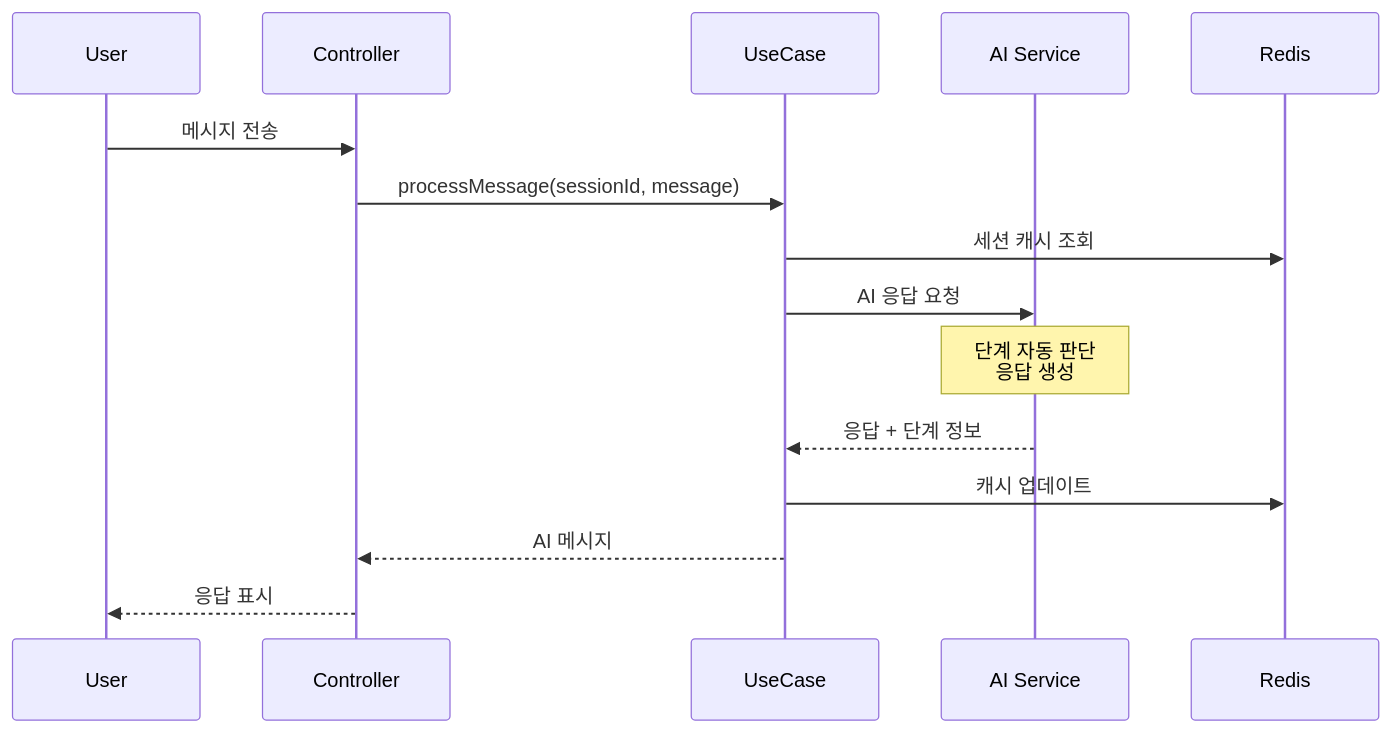
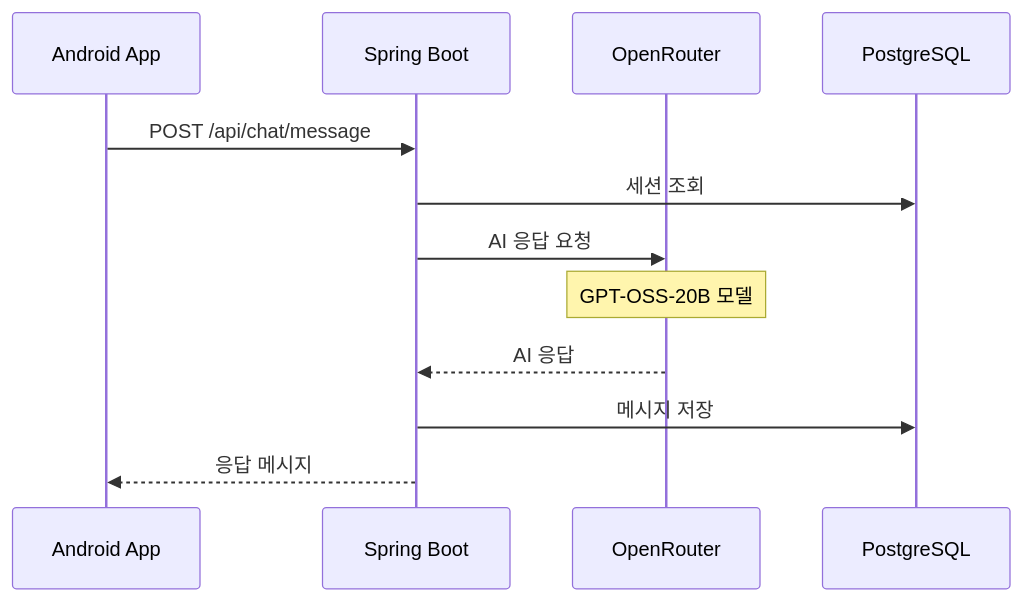
One commit to Mrbaeksang/ai-counseling-app changed the third of 3 diagrams in docs/system-architecture.md. Above: the diagram before and after it, drawn with Mermaid. The commit also changed other lines of this file and 62 other files, not shown here.

````diff
--- a/docs/system-architecture.md
+++ b/docs/system-architecture.md
@@ -211,18 +191,15 @@
 ```mermaid
 sequenceDiagram
-    participant U as User
-    participant C as Controller
-    participant UC as UseCase
-    participant AI as AI Service
-    participant Cache as Redis
+    participant App as Android App
+    participant API as Spring Boot
+    participant OR as OpenRouter
+    participant DB as PostgreSQL
     
-    U->>C: 메시지 전송
-    C->>UC: processMessage(sessionId, message)
-    UC->>Cache: 세션 캐시 조회
-    UC->>AI: AI 응답 요청
-    Note over AI: 단계 자동 판단<br/>응답 생성
-    AI-->>UC: 응답 + 단계 정보
-    UC->>Cache: 캐시 업데이트
-    UC-->>C: AI 메시지
-    C-->>U: 응답 표시
+    App->>API: POST /api/chat/message
+    API->>DB: 세션 조회
+    API->>OR: AI 응답 요청
+    Note over OR: GPT-OSS-20B 모델
+    OR-->>API: AI 응답
+    API->>DB: 메시지 저장
+    API-->>App: 응답 메시지
 ```
````
